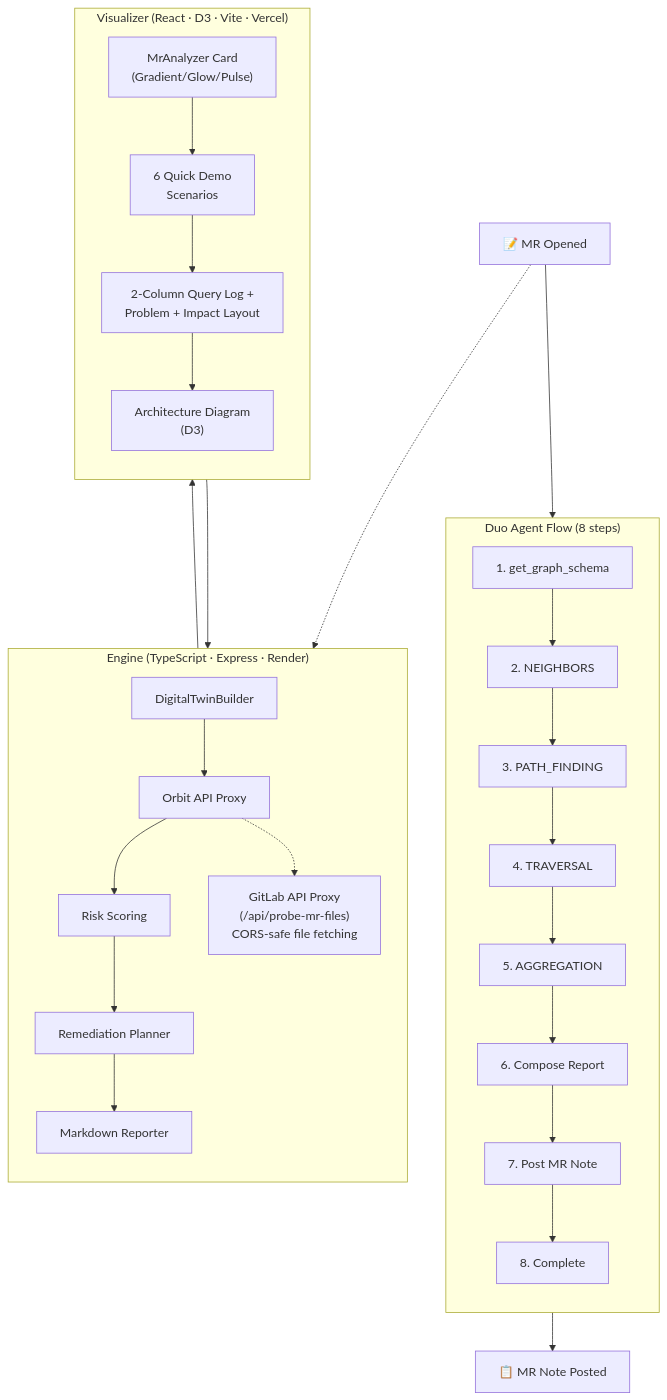
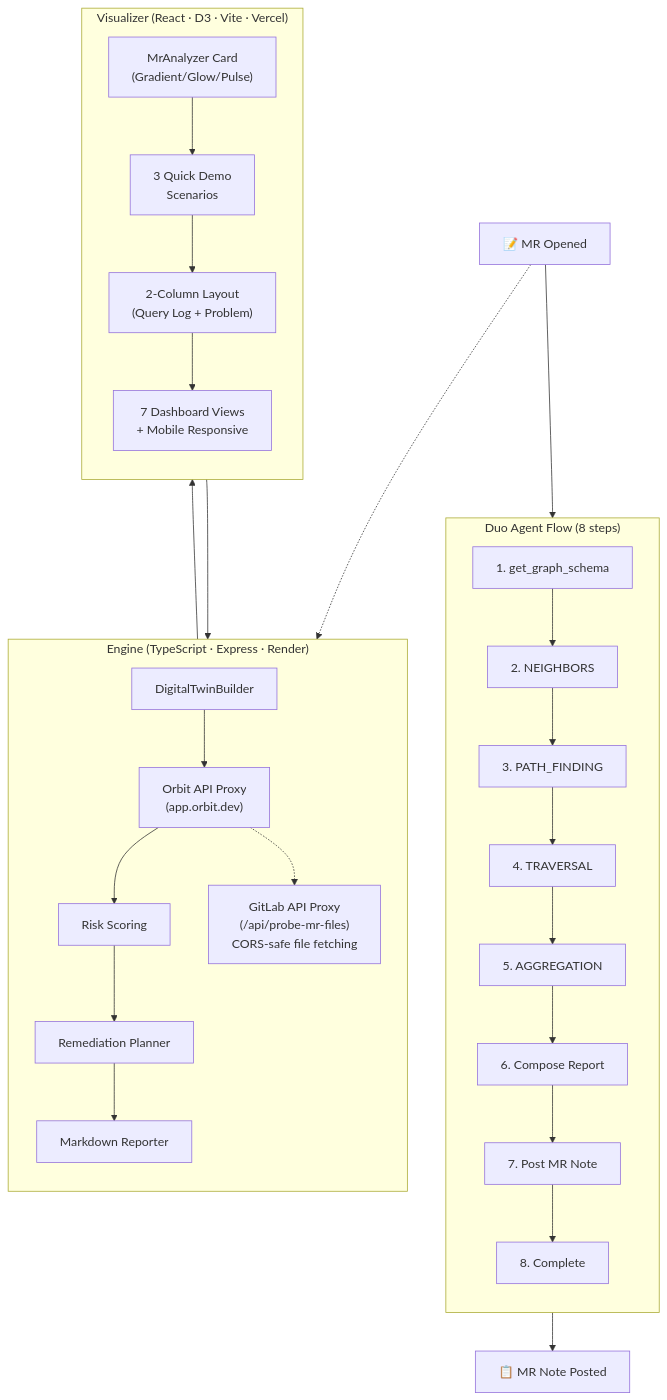
Before and after one commit to dgboy-ai/orbit-sentinel: the diagram in README.md, drawn with Mermaid. The commit also changed other lines of this file, not shown here.

Commit message:
docs: add MR analysis and mobile support sections to README, polish accomplishments

````diff
--- a/README.md
+++ b/README.md
@@ -47,32 +78,32 @@
 ```mermaid
 flowchart TD
     MR["📝 MR Opened"] --> FLOW
 
     subgraph FLOW["Duo Agent Flow (8 steps)"]
         direction TB
         S1["1. get_graph_schema"] --> S2["2. NEIGHBORS"] --> S3["3. PATH_FINDING"] --> S4["4. TRAVERSAL"] --> S5["5. AGGREGATION"]
         S5 --> S6["6. Compose Report"] --> S7["7. Post MR Note"] --> S8["8. Complete"]
     end
 
     FLOW --> NOTE["📋 MR Note Posted"]
 
     subgraph ENGINE["Engine (TypeScript · Express · Render)"]
         direction TB
-        E0["DigitalTwinBuilder"] --> E1["Orbit API Proxy"]
+        E0["DigitalTwinBuilder"] --> E1["Orbit API Proxy\n(app.orbit.dev)"]
         E1 --> E2["Risk Scoring"]
         E2 --> E3["Remediation Planner"]
         E3 --> E4["Markdown Reporter"]
         E1 -.-> GITLAB["GitLab API Proxy\n(/api/probe-mr-files)\nCORS-safe file fetching"]
     end
 
     subgraph VIZ["Visualizer (React · D3 · Vite · Vercel)"]
         direction TB
-        V1["MrAnalyzer Card\n(Gradient/Glow/Pulse)"] --> V2["6 Quick Demo\nScenarios"]
-        V2 --> V3["2-Column Query Log +\nProblem + Impact Layout"]
-        V3 --> V4["Architecture Diagram\n(D3)"]
+        V1["MrAnalyzer Card\n(Gradient/Glow/Pulse)"] --> V2["3 Quick Demo\nScenarios"]
+        V2 --> V3["2-Column Layout\n(Query Log + Problem)"]
+        V3 --> V4["7 Dashboard Views\n+ Mobile Responsive"]
     end
 
     MR -.-> GITLAB
     VIZ --> ENGINE
     ENGINE --> VIZ
 ```
````
